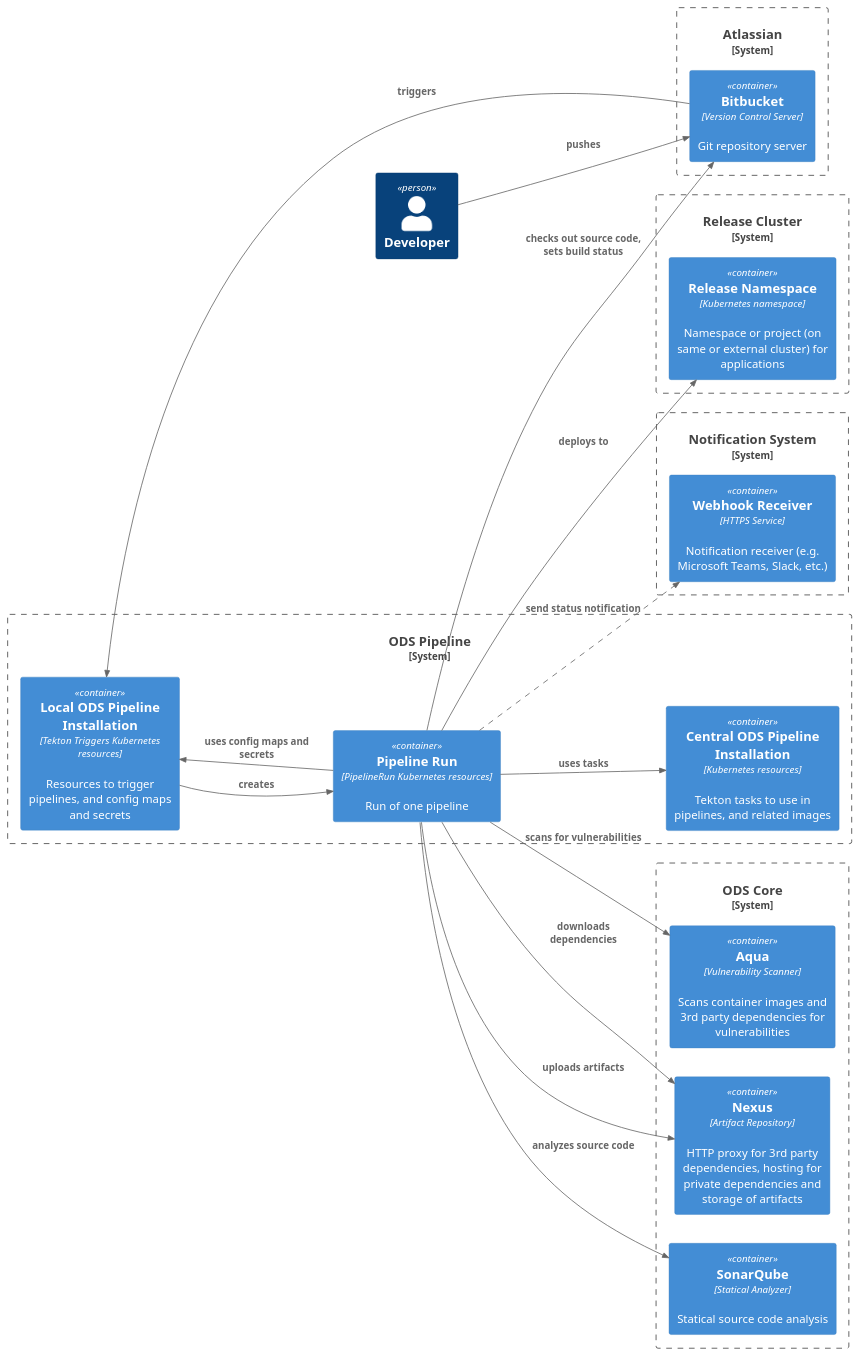
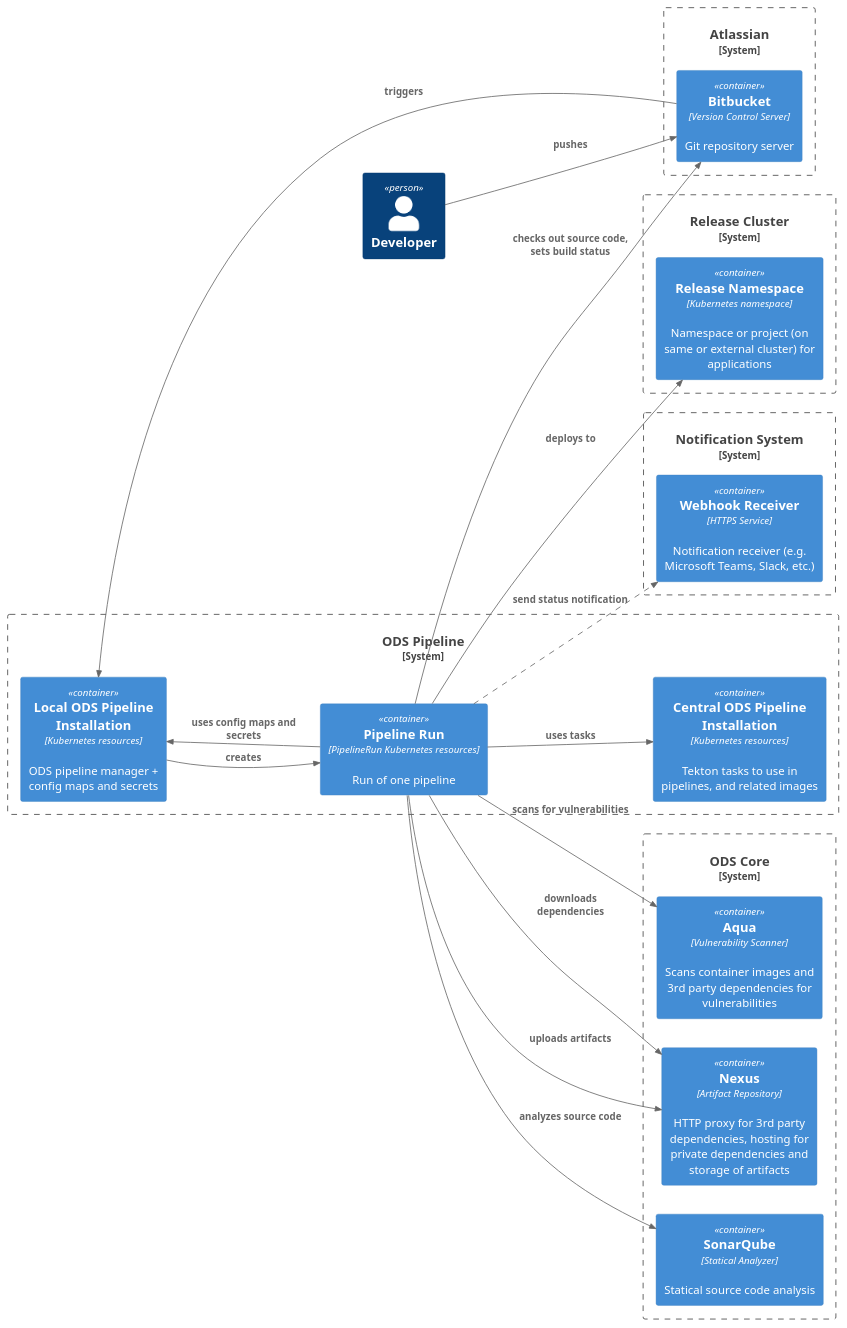
One commit to opendevstack/ods-pipeline changed the diagram in docs/architecture/container-system.puml. Above: the diagram before and after it, drawn with PlantUML. The commit also changed 54 other files, not shown here.

First line of the commit message:
Remove Tekton Triggers

```diff
--- a/docs/architecture/container-system.puml
+++ b/docs/architecture/container-system.puml
@@ -1,61 +1,61 @@
 @startuml "container-system"
 !include https://raw.githubusercontent.com/plantuml-stdlib/C4-PlantUML/master/C4_Container.puml
 ' uncomment the following line and comment the first to use locally
 ' !include C4_Container.puml
 
 LAYOUT_LEFT_RIGHT()
 
 AddRelTag("optional", $lineStyle = DashedLine())
 
 Person(developer, "Developer")
 
 System_Boundary(pipeline, "ODS Pipeline"){
 
-    Container(local_installation, "Local ODS Pipeline Installation", "Tekton Triggers Kubernetes resources", "Resources to trigger pipelines, and config maps and secrets")
+    Container(local_installation, "Local ODS Pipeline Installation", "Kubernetes resources", "ODS pipeline manager + config maps and secrets")
 
     Container(central_installation, "Central ODS Pipeline Installation", "Kubernetes resources", "Tekton tasks to use in pipelines, and related images")
 
     Container(pipeline_run, "Pipeline Run", "PipelineRun Kubernetes resources", "Run of one pipeline")
 
 }
 
 System_Boundary(core, "ODS Core"){
 
     Container(nexus, "Nexus", "Artifact Repository", "HTTP proxy for 3rd party dependencies, hosting for private dependencies and storage of artifacts")
 
     Container(sonarqube, "SonarQube", "Statical Analyzer", "Statical source code analysis")
 
     Container(aqua, "Aqua", "Vulnerability Scanner", "Scans container images and 3rd party dependencies for vulnerabilities")
 
 }
 
 System_Boundary(atlassian, "Atlassian"){
 
     Container(bitbucket, "Bitbucket", "Version Control Server", "Git repository server")
 
 }
 
 System_Boundary(release_cluster, "Release Cluster"){
 
     Container(release_namespace, "Release Namespace", "Kubernetes namespace", "Namespace or project (on same or external cluster) for applications")
 
 }
 
 System_Boundary(webhook_receiver_system, "Notification System") {
     Container(webhook_receiver, "Webhook Receiver", "HTTPS Service", "Notification receiver (e.g. Microsoft Teams, Slack, etc.)")
 }
 
 Rel(pipeline_run, nexus, "downloads dependencies")
 Rel(pipeline_run, nexus, "uploads artifacts")
 Rel(pipeline_run, sonarqube, "analyzes source code")
 Rel(pipeline_run, aqua, "scans for vulnerabilities")
 Rel(pipeline_run, bitbucket, "checks out source code, sets build status")
 Rel(bitbucket, local_installation, "triggers")
 Rel(local_installation, pipeline_run, "creates")
 Rel(pipeline_run, local_installation, "uses config maps and secrets")
 Rel(pipeline_run, central_installation, "uses tasks")
 Rel(pipeline_run, release_namespace, "deploys to")
 Rel(developer, bitbucket, "pushes")
 Rel(pipeline_run, webhook_receiver, "send status notification", $tags="optional")
 
 @enduml
```
